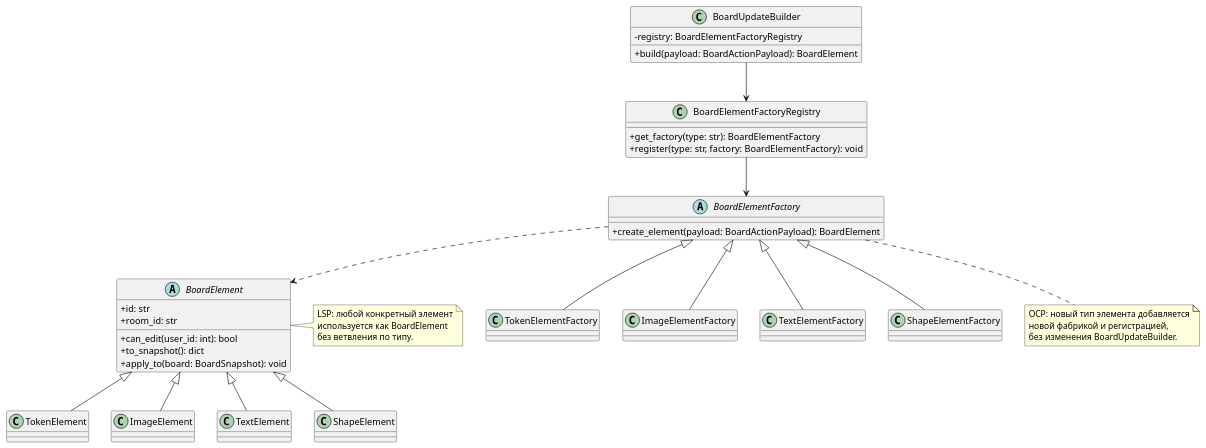
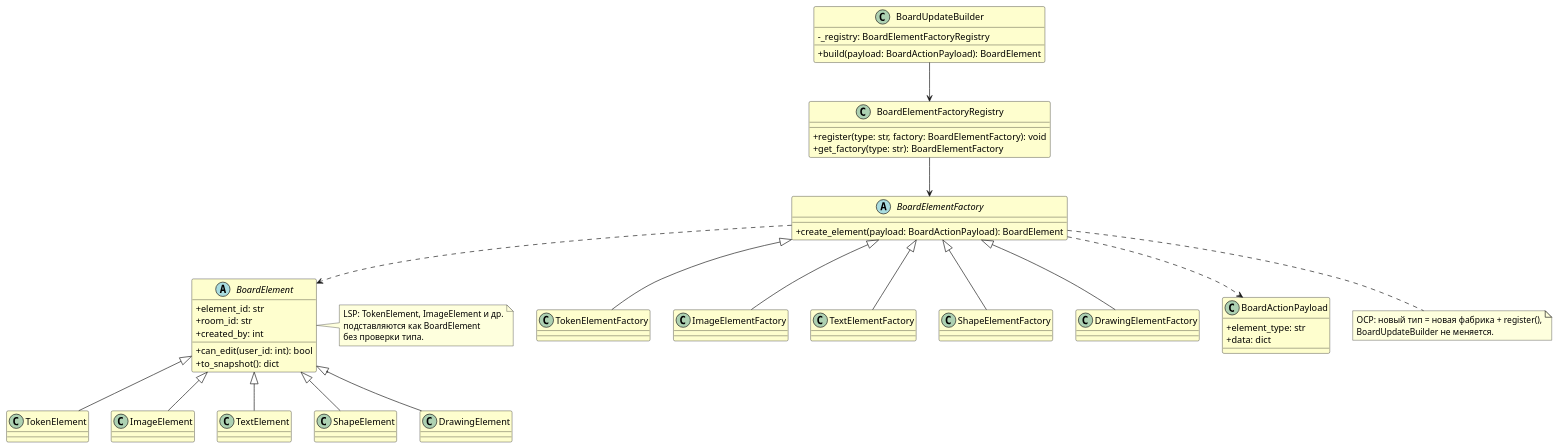
Before and after one commit to wingelshteyn/DesignSoftwareCourse: the diagram in diagram_prompts/09_solid_ocp_lsp.md, drawn with PlantUML. The commit also changed other lines of this file and 19 other files, not shown here.

First line of the commit message:
Обновить diagram_prompts под эталон ПР8 для ASTROLL.

````diff
--- a/diagram_prompts/09_solid_ocp_lsp.md
+++ b/diagram_prompts/09_solid_ocp_lsp.md
@@ -7,63 +35,76 @@
 ```plantuml
 @startuml
 skinparam classAttributeIconSize 0
+skinparam class {
+  BackgroundColor #FEFECE
+  BorderColor black
+}
 
 abstract class BoardElement {
-  +id: str
+  +element_id: str
   +room_id: str
+  +created_by: int
   +can_edit(user_id: int): bool
   +to_snapshot(): dict
-  +apply_to(board: BoardSnapshot): void
 }
 
 class TokenElement
 class ImageElement
 class TextElement
 class ShapeElement
+class DrawingElement
 
 abstract class BoardElementFactory {
   +create_element(payload: BoardActionPayload): BoardElement
 }
 
 class TokenElementFactory
 class ImageElementFactory
 class TextElementFactory
 class ShapeElementFactory
+class DrawingElementFactory
+
+class BoardElementFactoryRegistry {
+  +register(type: str, factory: BoardElementFactory): void
+  +get_factory(type: str): BoardElementFactory
+}
 
 class BoardUpdateBuilder {
-  -registry: BoardElementFactoryRegistry
+  -_registry: BoardElementFactoryRegistry
   +build(payload: BoardActionPayload): BoardElement
 }
 
-class BoardElementFactoryRegistry {
-  +get_factory(type: str): BoardElementFactory
-  +register(type: str, factory: BoardElementFactory): void
+class BoardActionPayload {
+  +element_type: str
+  +data: dict
 }
 
 BoardElement <|-- TokenElement
 BoardElement <|-- ImageElement
 BoardElement <|-- TextElement
 BoardElement <|-- ShapeElement
+BoardElement <|-- DrawingElement
 
 BoardElementFactory <|-- TokenElementFactory
 BoardElementFactory <|-- ImageElementFactory
 BoardElementFactory <|-- TextElementFactory
 BoardElementFactory <|-- ShapeElementFactory
+BoardElementFactory <|-- DrawingElementFactory
 
 BoardUpdateBuilder --> BoardElementFactoryRegistry
 BoardElementFactoryRegistry --> BoardElementFactory
 BoardElementFactory ..> BoardElement
+BoardElementFactory ..> BoardActionPayload
 
 note right of BoardElement
-LSP: любой конкретный элемент
-используется как BoardElement
-без ветвления по типу.
+LSP: TokenElement, ImageElement и др.
+подставляются как BoardElement
+без проверки типа.
 end note
 
 note bottom of BoardElementFactory
-OCP: новый тип элемента добавляется
-новой фабрикой и регистрацией,
-без изменения BoardUpdateBuilder.
+OCP: новый тип = новая фабрика + register(),
+BoardUpdateBuilder не меняется.
 end note
 @enduml
 ```
````
